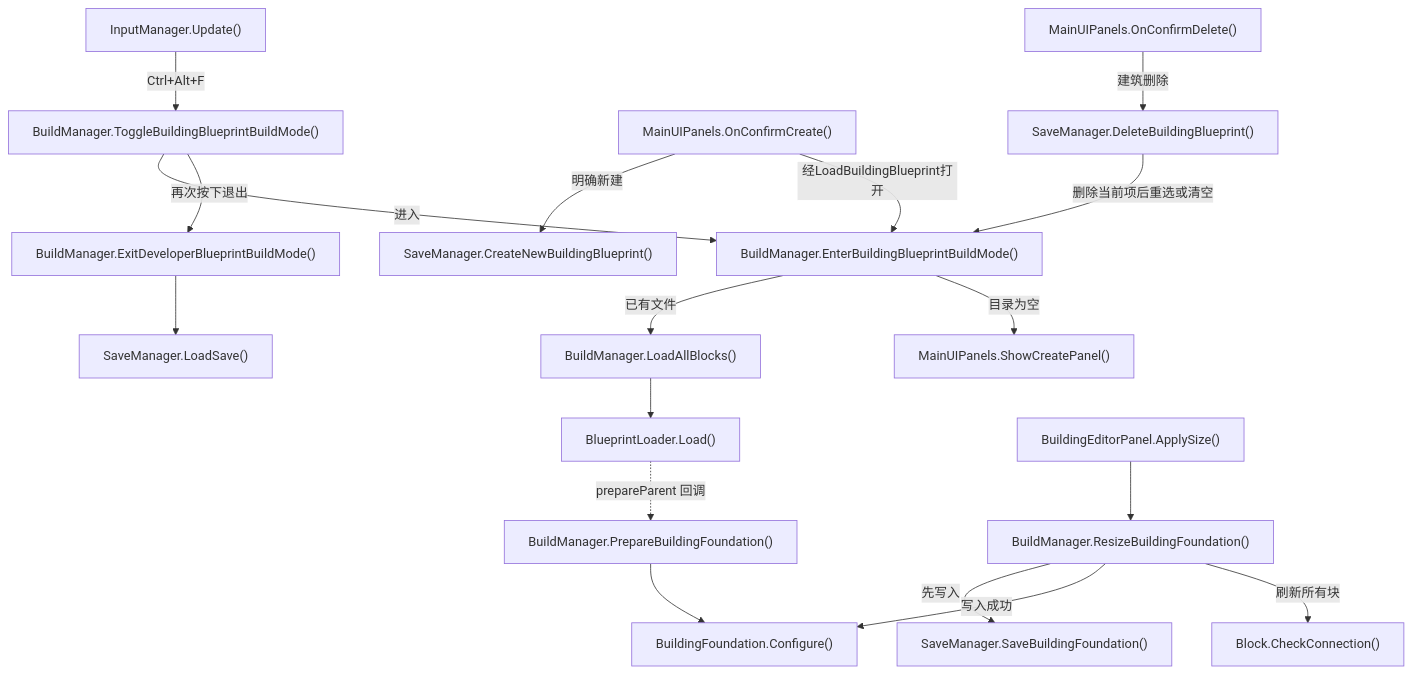
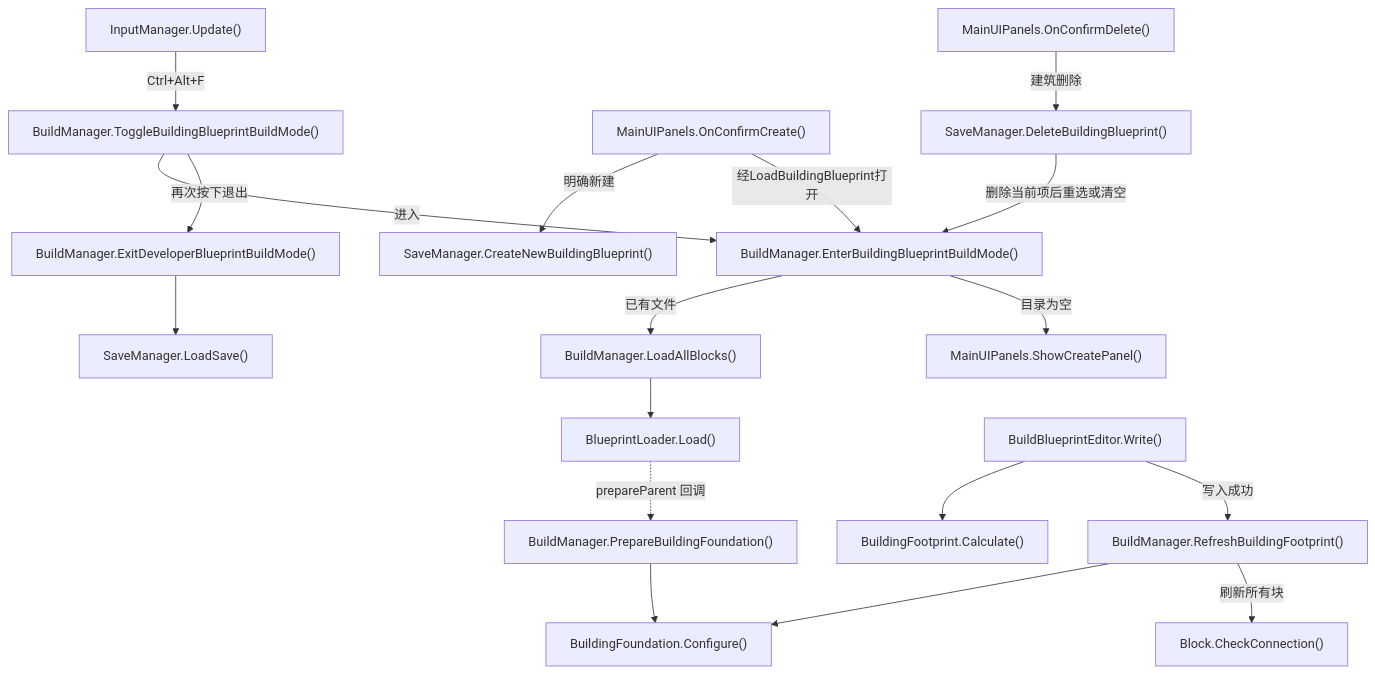
Before and after one commit to kukudia/HY-Sandbox: diagram 15 of 60 in Docs/RuntimeFlow.md, drawn with Mermaid. The commit also changed other lines of this file and 55 other files, not shown here.

````diff
--- a/Docs/RuntimeFlow.md
+++ b/Docs/RuntimeFlow.md
@@ -1234,56 +1234,56 @@
 ```mermaid
 flowchart TD
     A["InputManager.Update()"]
     click A "../Assets/Scripts/Features/Player/InputManager.cs#L40" "打开源码"
     B["BuildManager.ToggleBuildingBlueprintBuildMode()"]
-    click B "../Assets/Scripts/Features/Building/BuildManager.cs#L278" "打开源码"
+    click B "../Assets/Scripts/Features/Building/BuildManager.cs#L281" "打开源码"
     C["BuildManager.EnterBuildingBlueprintBuildMode()"]
-    click C "../Assets/Scripts/Features/Building/BuildManager.cs#L293" "打开源码"
+    click C "../Assets/Scripts/Features/Building/BuildManager.cs#L296" "打开源码"
     D["SaveManager.CreateNewBuildingBlueprint()"]
     click D "../Assets/Scripts/Features/Building/SaveManager.cs#L162" "打开源码"
     E["BuildManager.LoadAllBlocks()"]
-    click E "../Assets/Scripts/Features/Building/BuildManager.cs#L679" "打开源码"
+    click E "../Assets/Scripts/Features/Building/BuildManager.cs#L653" "打开源码"
     F["BlueprintLoader.Load()"]
     click F "../Assets/Scripts/Features/Building/BlueprintLoading/BlueprintLoader.cs#L43" "打开源码"
     G["BuildManager.PrepareBuildingFoundation()"]
-    click G "../Assets/Scripts/Features/Building/BuildManager.cs#L382" "打开源码"
+    click G "../Assets/Scripts/Features/Building/BuildManager.cs#L385" "打开源码"
     H["BuildingFoundation.Configure()"]
-    click H "../Assets/Scripts/Features/Building/BuildingEditor/BuildingFoundation.cs#L15" "打开源码"
-    I["BuildingEditorPanel.ApplySize()"]
-    click I "../Assets/Scripts/Features/Building/BuildingEditor/BuildingEditorPanel.cs#L57" "打开源码"
-    J["BuildManager.ResizeBuildingFoundation()"]
-    click J "../Assets/Scripts/Features/Building/BuildManager.cs#L405" "打开源码"
-    K["SaveManager.SaveBuildingFoundation()"]
-    click K "../Assets/Scripts/Features/Building/SaveManager.cs#L236" "打开源码"
+    click H "../Assets/Scripts/Features/Building/BuildingEditor/BuildingFoundation.cs#L17" "打开源码"
+    I["BuildBlueprintEditor.Write()"]
+    click I "../Assets/Scripts/Features/Building/Interaction/BuildBlueprintEditor.cs#L63" "打开源码"
+    J["BuildingFootprint.Calculate()"]
+    click J "../Assets/Scripts/Features/Building/BuildingEditor/BuildingFootprint.cs#L8" "打开源码"
+    K["BuildManager.RefreshBuildingFootprint()"]
+    click K "../Assets/Scripts/Features/Building/BuildManager.cs#L405" "打开源码"
     L["Block.CheckConnection()"]
     click L "../Assets/Scripts/Features/Simulation/Block.cs#L361" "打开源码"
     M["BuildManager.ExitDeveloperBlueprintBuildMode()"]
-    click M "../Assets/Scripts/Features/Building/BuildManager.cs#L259" "打开源码"
+    click M "../Assets/Scripts/Features/Building/BuildManager.cs#L262" "打开源码"
     N["SaveManager.LoadSave()"]
-    click N "../Assets/Scripts/Features/Building/SaveManager.cs#L371" "打开源码"
+    click N "../Assets/Scripts/Features/Building/SaveManager.cs#L356" "打开源码"
     O["MainUIPanels.OnConfirmCreate()"]
     click O "../Assets/Scripts/Features/Presentation/Interface/MainUIPanels.cs#L167" "打开源码"
     P["MainUIPanels.OnConfirmDelete()"]
     click P "../Assets/Scripts/Features/Presentation/Interface/MainUIPanels.cs#L207" "打开源码"
     Q["SaveManager.DeleteBuildingBlueprint()"]
     click Q "../Assets/Scripts/Features/Building/SaveManager.cs#L191" "打开源码"
     R["MainUIPanels.ShowCreatePanel()"]
     click R "../Assets/Scripts/Features/Presentation/Interface/MainUIPanels.cs#L90" "打开源码"
     A -->|Ctrl+Alt+F| B
     B -->|进入| C
     O -->|明确新建| D
     O -->|经LoadBuildingBlueprint打开| C
     C -->|已有文件| E
     C -->|目录为空| R
     P -->|建筑删除| Q
     Q -->|删除当前项后重选或清空| C
     E --> F
     F -.->|prepareParent 回调| G
     G --> H
     I --> J
-    J -->|先写入| K
-    J -->|写入成功| H
-    J -->|刷新所有块| L
+    I -->|写入成功| K
+    K --> H
+    K -->|刷新所有块| L
     B -->|再次按下退出| M
     M --> N
 ```
````
